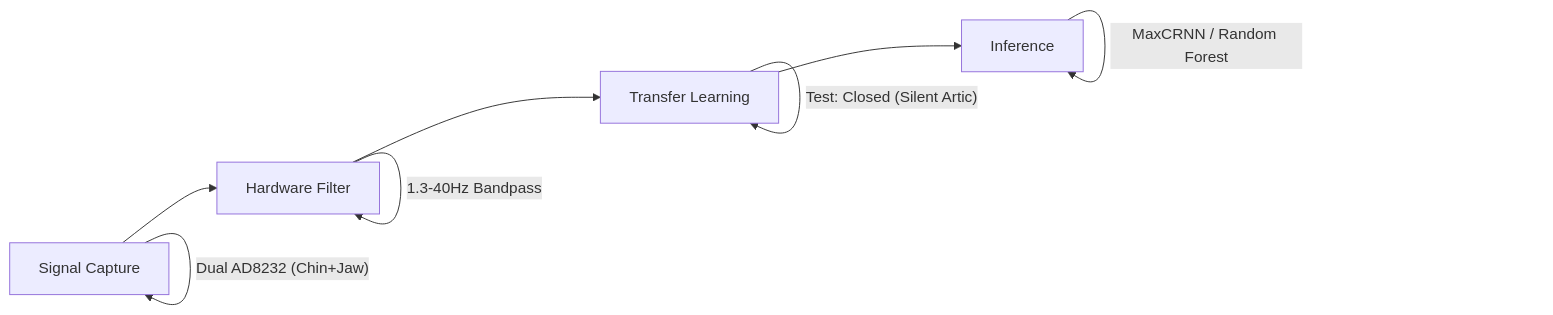
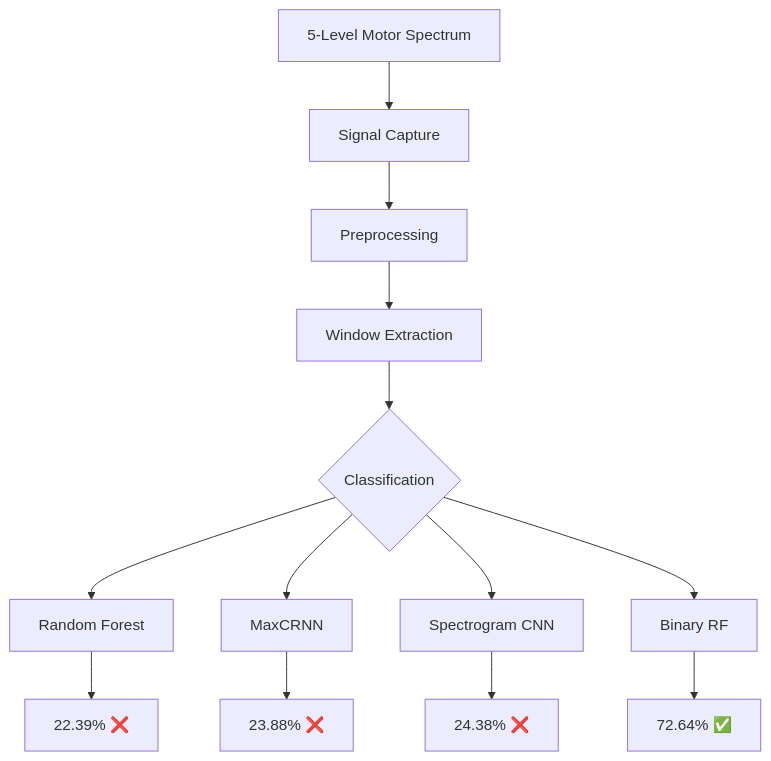
One commit to CarlKho-Minerva/CP-PHASE4_Subvocalization_25TPE changed the diagram in docs/assignment/09_executive_summary.md. Above: the diagram before and after it, drawn with Mermaid. The commit also changed other lines of this file and 20 other files, not shown here.

````diff
--- a/docs/assignment/09_executive_summary.md
+++ b/docs/assignment/09_executive_summary.md
@@ -11,12 +70,17 @@
 ```mermaid
-graph LR
-    A[Signal Capture] --> B[Hardware Filter]
-    B --> C[Transfer Learning]
-    C --> D[Inference]
+graph TD
+    A[5-Level Motor Spectrum] --> B[Signal Capture]
+    B --> C[Preprocessing]
+    C --> D[Window Extraction]
+    D --> E{Classification}
 
-    A -- "Dual AD8232 (Chin+Jaw)" --> A
-    B -- "1.3-40Hz Bandpass" --> B
-    C -- "Train: Open (Mouthing)" --> C
-    C -- "Test: Closed (Silent Artic)" --> C
-    D -- "MaxCRNN / Random Forest" --> D
+    E --> F[Random Forest]
+    E --> G[MaxCRNN]
+    E --> H[Spectrogram CNN]
+    E --> I[Binary RF]
+
+    F --> J[22.39% ❌]
+    G --> K[23.88% ❌]
+    H --> L[24.38% ❌]
+    I --> M[72.64% ✅]
 ```
````
